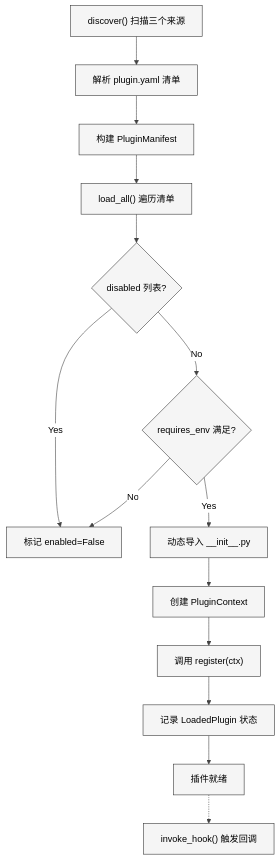
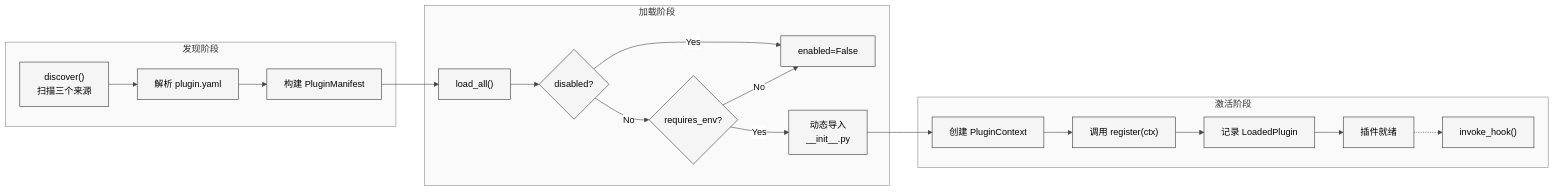
One commit to xiaonancs/hermes-agent-study changed the second of 2 diagrams in Part II 源码分析/22-插件系统.md. Above: the diagram before and after it, drawn with Mermaid. The commit also changed other lines of this file and 32 other files, not shown here.

First line of the commit message:
Mermaid 图表修复：白色背景板 + 长宽比优化

````diff
--- a/Part II 源码分析/22-插件系统.md
+++ b/Part II 源码分析/22-插件系统.md
@@ -102,17 +102,23 @@
 ```mermaid
 %%{init: {'theme': 'neutral', 'themeVariables': {'background': '#ffffff', 'primaryColor': '#f5f5f5', 'primaryTextColor': '#000000', 'primaryBorderColor': '#333333', 'lineColor': '#444444', 'textColor': '#000000', 'mainBkg': '#f5f5f5', 'nodeBorder': '#333333', 'clusterBkg': '#fafafa', 'clusterBorder': '#888888', 'edgeLabelBackground': '#ffffff'}}}%%
-flowchart TD
-    D1["discover() 扫描三个来源"] --> D2["解析 plugin.yaml 清单"]
-    D2 --> D3["构建 PluginManifest"]
-    D3 --> L1["load_all() 遍历清单"]
-    L1 --> L2{"disabled 列表?"}
-    L2 -->|Yes| SKIP["标记 enabled=False"]
-    L2 -->|No| L3{"requires_env 满足?"}
-    L3 -->|No| SKIP
-    L3 -->|Yes| L4["动态导入 __init__.py"]
-    L4 --> L5["创建 PluginContext"]
-    L5 --> L6["调用 register(ctx)"]
-    L6 --> L7["记录 LoadedPlugin 状态"]
-    L7 --> READY["插件就绪"]
-    READY -.-> H1["invoke_hook() 触发回调"]
+flowchart LR
+    subgraph discover ["发现阶段"]
+        D1["discover()<br/>扫描三个来源"] --> D2["解析 plugin.yaml"]
+        D2 --> D3["构建 PluginManifest"]
+    end
+    subgraph load ["加载阶段"]
+        D3 --> L1["load_all()"]
+        L1 --> L2{"disabled?"}
+        L2 -->|Yes| SKIP["enabled=False"]
+        L2 -->|No| L3{"requires_env?"}
+        L3 -->|No| SKIP
+        L3 -->|Yes| L4["动态导入<br/>__init__.py"]
+    end
+    subgraph activate ["激活阶段"]
+        L4 --> L5["创建 PluginContext"]
+        L5 --> L6["调用 register(ctx)"]
+        L6 --> L7["记录 LoadedPlugin"]
+        L7 --> READY["插件就绪"]
+        READY -.-> H1["invoke_hook()"]
+    end
 ```
````
